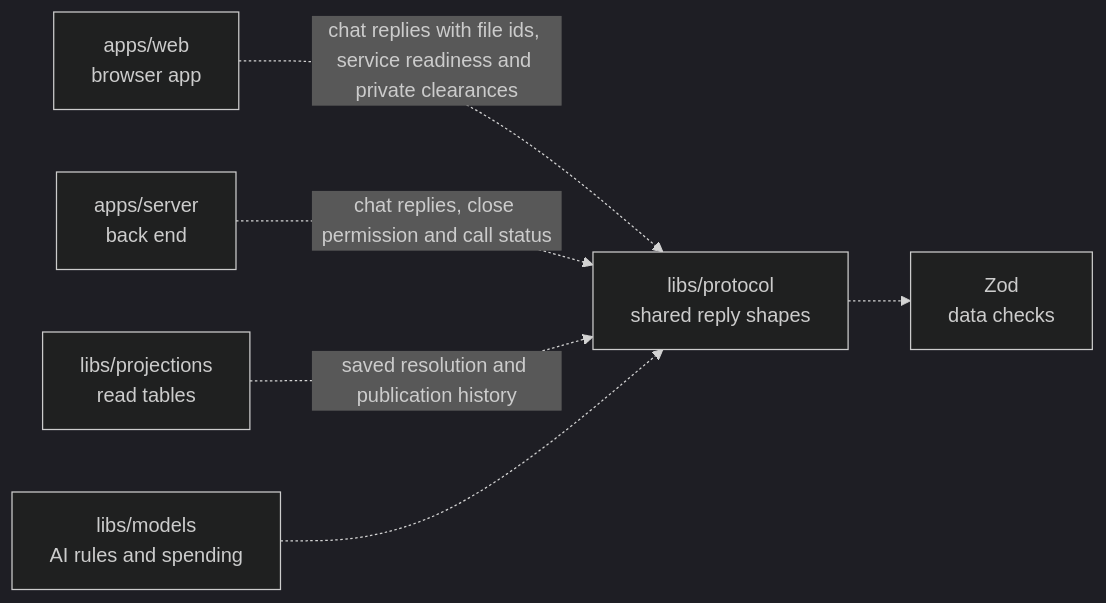
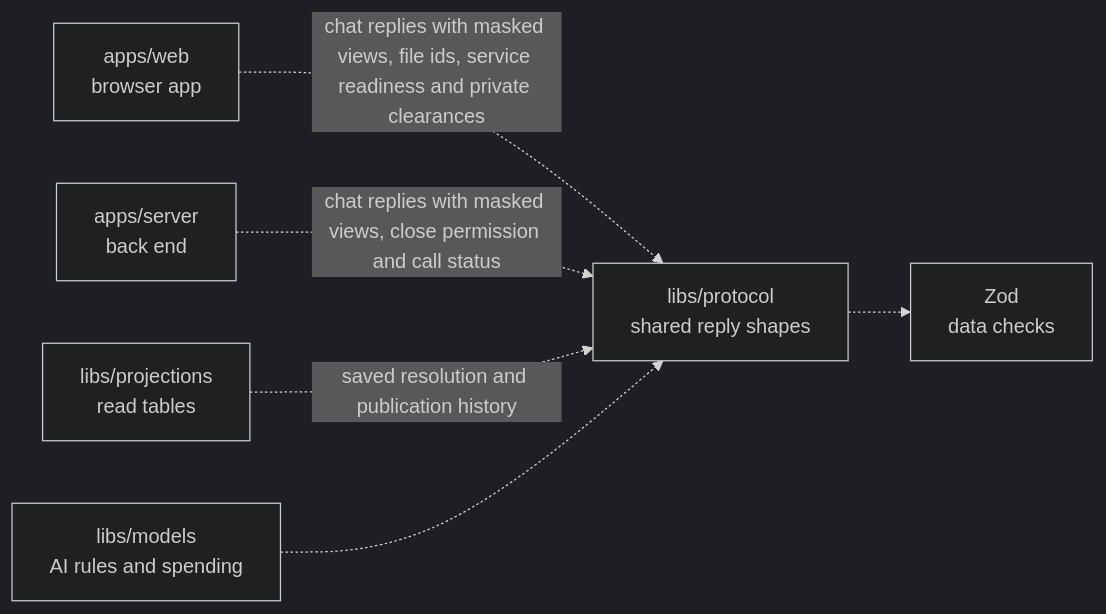
One commit to elewa-git/opencrane-new changed the diagram in libs/protocol/README.md. Above: the diagram before and after it, drawn with Mermaid (dark theme). The commit also changed other lines of this file and 44 other files, not shown here.

````diff
--- a/libs/protocol/README.md
+++ b/libs/protocol/README.md
@@ -45,8 +47,8 @@
 ```mermaid
 flowchart LR
-  web["apps/web<br/>browser app"] -.->|chat replies with file ids, service readiness and private clearances| protocol["libs/protocol<br/>shared reply shapes"]
-  server["apps/server<br/>back end"] -.->|chat replies, close permission and call status| protocol
+  web["apps/web<br/>browser app"] -.->|chat replies with masked views, file ids, service readiness and private clearances| protocol["libs/protocol<br/>shared reply shapes"]
+  server["apps/server<br/>back end"] -.->|chat replies with masked views, close permission and call status| protocol
   projections["libs/projections<br/>read tables"] -.->|saved resolution and publication history| protocol
   models["libs/models<br/>AI rules and spending"] -.-> protocol
   protocol -.-> zod["Zod<br/>data checks"]
 ```
````
